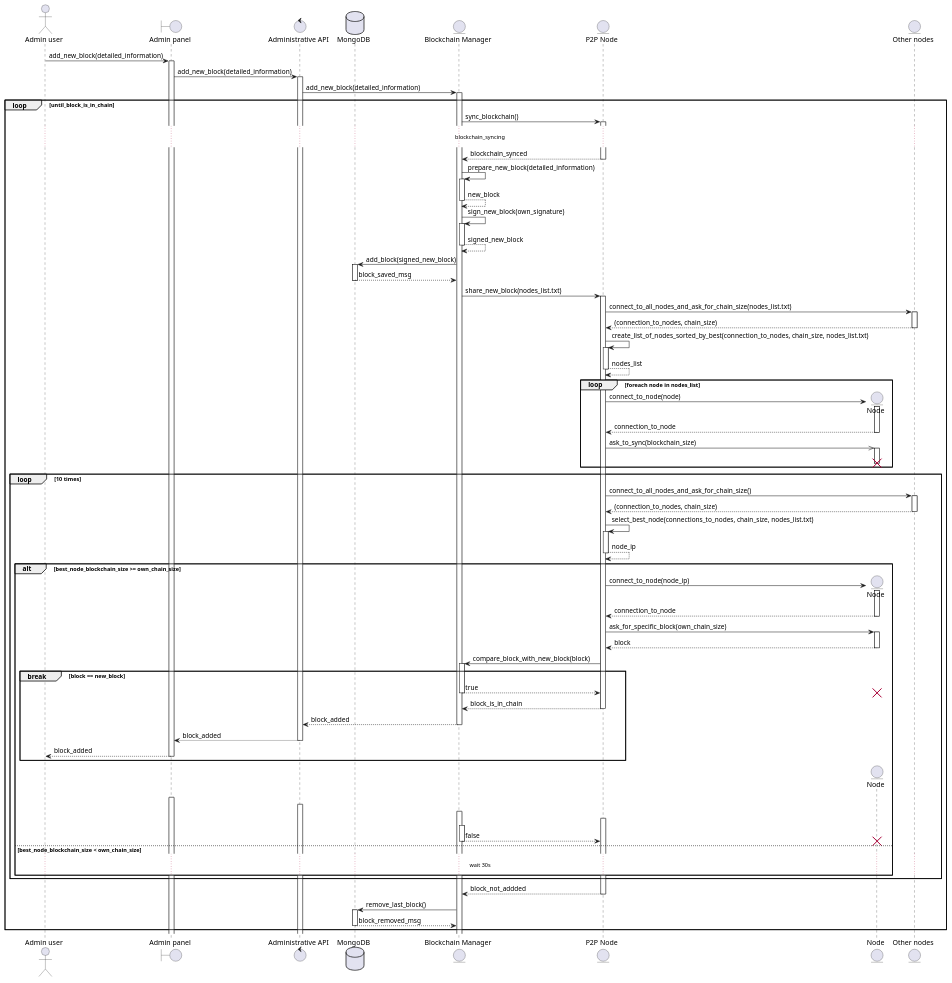
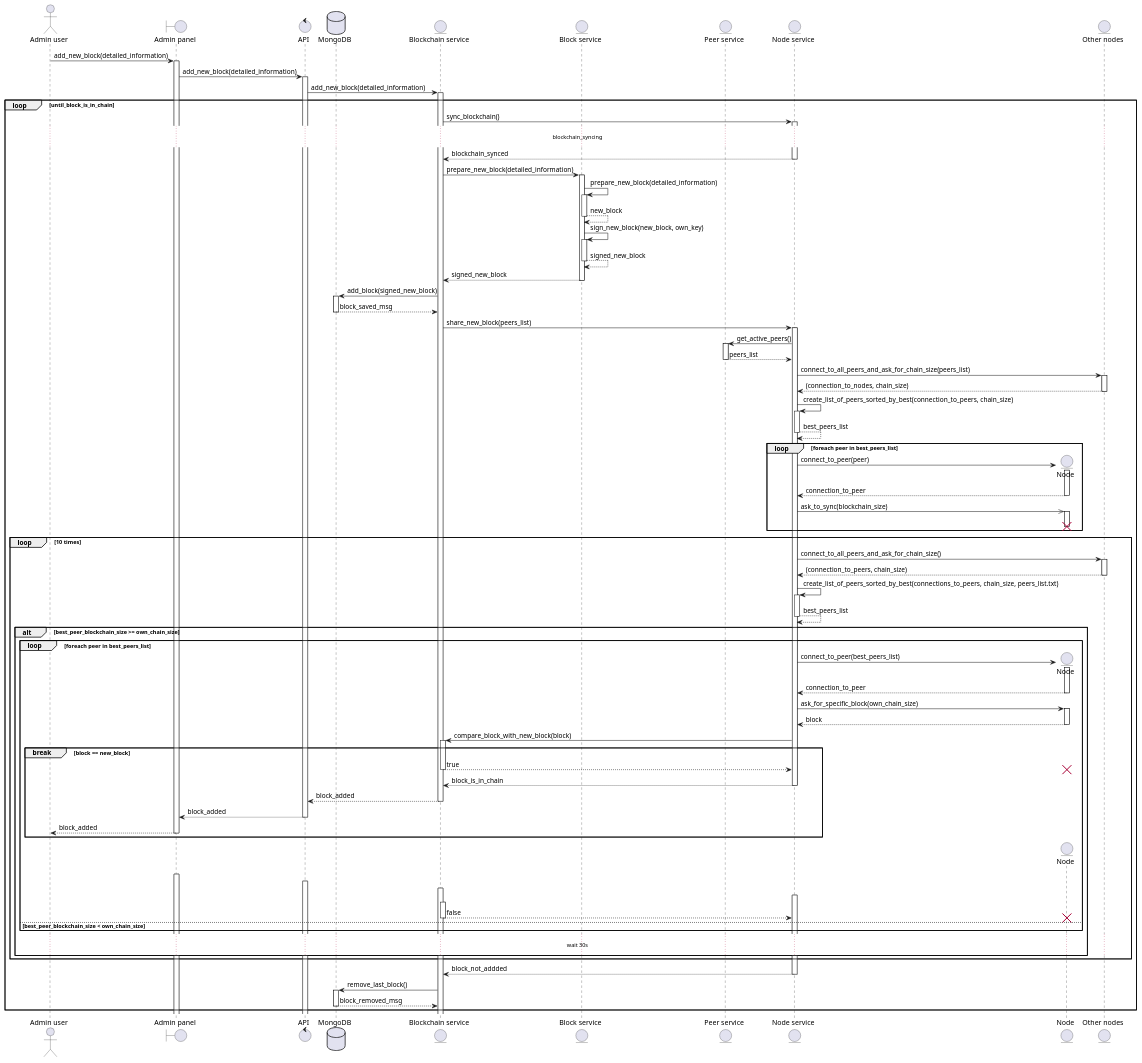
One commit to WojciechSzade/dpachain changed the diagram in docs/diagram_sekwencji_nowy_blok.puml. Above: the diagram before and after it, drawn with PlantUML. The commit also changed 33 other files, not shown here.

```diff
--- a/docs/diagram_sekwencji_nowy_blok.puml
+++ b/docs/diagram_sekwencji_nowy_blok.puml
@@ -1,79 +1,88 @@
 @startuml
 
 autoactivate on
 
 actor "Admin user" as User
 boundary "Admin panel" as GUI
-control "Administrative API" as API
+control "API" as API
 database MongoDB
-entity "Blockchain Manager" as BM
-entity "P2P Node" as P2P
+entity "Blockchain service" as BM
+entity "Block service" as BS
+entity "Peer service" as PS
+entity "Node service" as P2P
 entity "Node" as RN
 entity "Other nodes" as ON
 
 User -> GUI: add_new_block(detailed_information)
 GUI -> API: add_new_block(detailed_information)
 API -> BM: add_new_block(detailed_information)
 loop until_block_is_in_chain
   BM -> P2P: sync_blockchain()
   ... blockchain_syncing ...
   return blockchain_synced
-  BM -> BM: prepare_new_block(detailed_information)
+  BM -> BS: prepare_new_block(detailed_information)
+  BS -> BS: prepare_new_block(detailed_information)
   return new_block
-  BM -> BM: sign_new_block(own_signature)
+  BS -> BS: sign_new_block(new_block, own_key)
   return signed_new_block
+  return signed_new_block
+  
   BM -> MongoDB: add_block(signed_new_block)
   return block_saved_msg
-  BM -> P2P: share_new_block(nodes_list.txt)
-  P2P -> ON: connect_to_all_nodes_and_ask_for_chain_size(nodes_list.txt)
+  BM -> P2P: share_new_block(peers_list)
+  P2P -> PS: get_active_peers()
+  return peers_list
+  P2P -> ON: connect_to_all_peers_and_ask_for_chain_size(peers_list)
   return (connection_to_nodes, chain_size)
-  P2P -> P2P: create_list_of_nodes_sorted_by_best(connection_to_nodes, chain_size, nodes_list.txt)
-  return nodes_list
-  loop foreach node in nodes_list
-    P2P -> RN ** : connect_to_node(node)
+  P2P -> P2P: create_list_of_peers_sorted_by_best(connection_to_peers, chain_size)
+  return best_peers_list
+  loop foreach peer in best_peers_list
+    P2P -> RN ** : connect_to_peer(peer)
     activate RN
-    return connection_to_node
+    return connection_to_peer
     P2P ->> RN: ask_to_sync(blockchain_size)
     deactivate RN
     destroy RN
   end
   loop 10 times
-    P2P -> ON: connect_to_all_nodes_and_ask_for_chain_size()
-    return (connection_to_nodes, chain_size)
-    P2P -> P2P: select_best_node(connections_to_nodes, chain_size, nodes_list.txt)
-    return node_ip
-    alt best_node_blockchain_size >= own_chain_size
-      P2P -> RN ** : connect_to_node(node_ip)
+    P2P -> ON: connect_to_all_peers_and_ask_for_chain_size()
+    return (connection_to_peers, chain_size)
+    P2P -> P2P: create_list_of_peers_sorted_by_best(connections_to_peers, chain_size, peers_list.txt)
+    return best_peers_list
+    alt best_peer_blockchain_size >= own_chain_size
+    loop foreach peer in best_peers_list
+      P2P -> RN ** : connect_to_peer(best_peers_list)
       activate RN
-      return connection_to_node
+      return connection_to_peer
       P2P -> RN : ask_for_specific_block(own_chain_size)
       return block
       P2P -> BM: compare_block_with_new_block(block)
       break block == new_block
         return true
         destroy RN
         return block_is_in_chain
         return block_added
         return block_added
         return block_added
       end
       P2P -[hidden]> RN **
       deactivate RN
       User -[hidden]> GUI
       GUI -[hidden]> API
       API -[hidden]> BM
       BM -[hidden]> P2P
       P2P -[hidden]> BM
       return false
       destroy RN
-    else best_node_blockchain_size < own_chain_size
+    else best_peer_blockchain_size < own_chain_size
+      end
       ... wait 30s ...
     end
   end
   return block_not_addded
   BM -> MongoDB: remove_last_block()
   return block_removed_msg
   
   
 end
 @enduml
```
